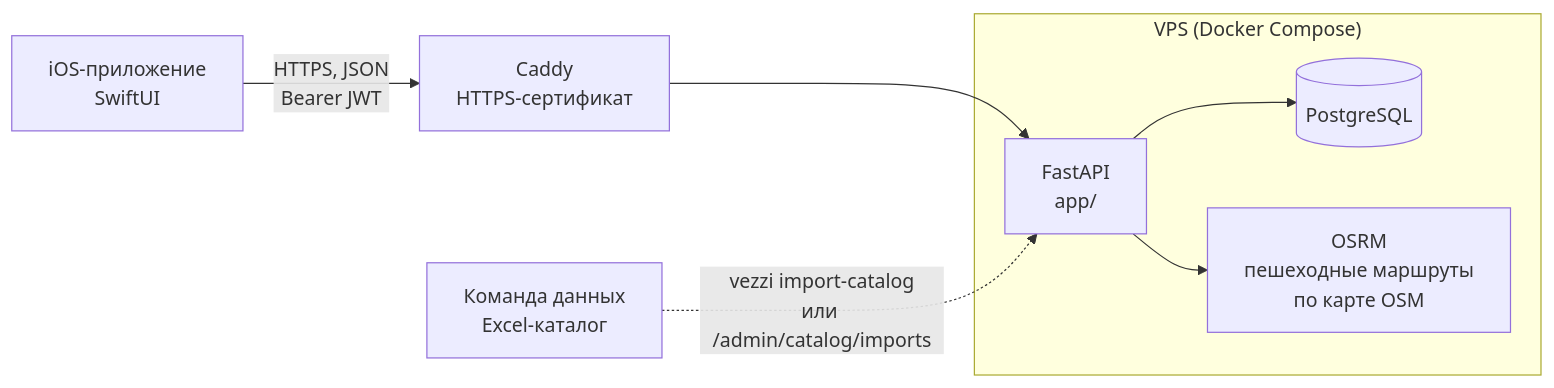
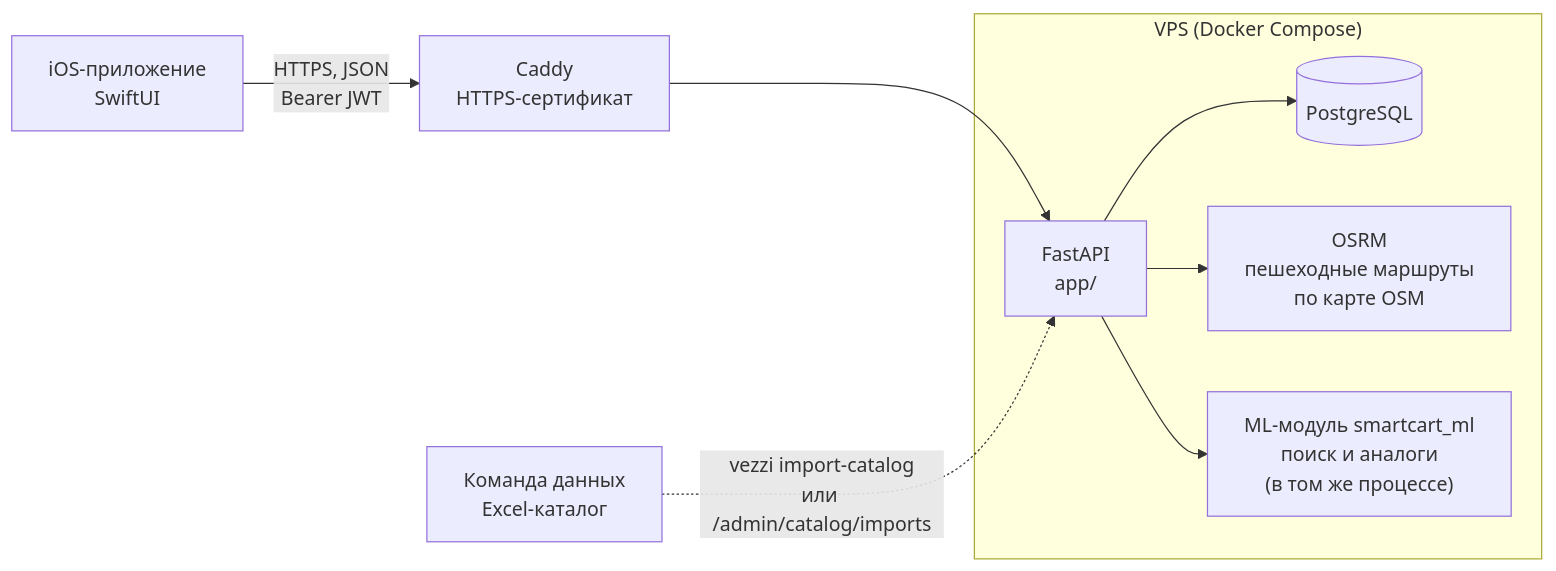
Before and after one commit to vezzi-team/vezzi-backend: the first of 2 diagrams in docs/architecture.md, drawn with Mermaid. The commit also changed other lines of this file and 34 other files, not shown here.

First line of the commit message:
Подключить ML-модуль команды: поиск и аналоги

````diff
--- a/docs/architecture.md
+++ b/docs/architecture.md
@@ -5,10 +5,11 @@
 ```mermaid
 flowchart LR
     iOS["iOS-приложение<br/>SwiftUI"] -- "HTTPS, JSON<br/>Bearer JWT" --> Caddy
     Caddy["Caddy<br/>HTTPS-сертификат"] --> API
     subgraph Server["VPS (Docker Compose)"]
         API["FastAPI<br/>app/"] --> DB[("PostgreSQL")]
         API --> OSRM["OSRM<br/>пешеходные маршруты<br/>по карте OSM"]
+        API --> ML["ML-модуль smartcart_ml<br/>поиск и аналоги<br/>(в том же процессе)"]
     end
     Admin["Команда данных<br/>Excel-каталог"] -. "vezzi import-catalog<br/>или /admin/catalog/imports" .-> API
 ```
````
